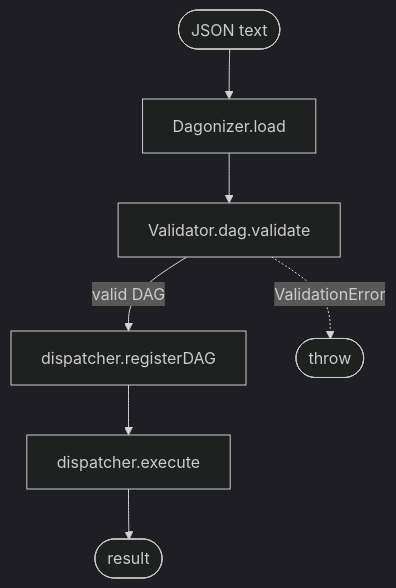
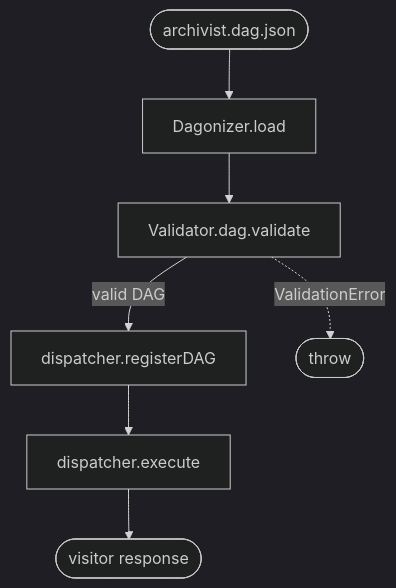
The diagram in docs/examples/07-schema.md (Studnicky/Dagonizer), drawn with Mermaid (dark theme) before and after one commit. The commit also changed other lines of this file and 113 other files, not shown here.

First line of the commit message:
feat(archivist): multi-source fan-out, JSON-LD DAG, per-node timeouts

````diff
--- a/docs/examples/07-schema.md
+++ b/docs/examples/07-schema.md
@@ -7,15 +12,15 @@
 ```mermaid
 flowchart TB
-  json([JSON text])
+  json([archivist.dag.json])
   load[Dagonizer.load]
   validate[Validator.dag.validate]
   register[dispatcher.registerDAG]
   execute[dispatcher.execute]
-  END([result])
+  END([visitor response])
   json --> load
   load --> validate
   validate -->|valid DAG| register
   register --> execute
   execute --> END
   validate -.->|ValidationError| failure([throw])
 ```
````
